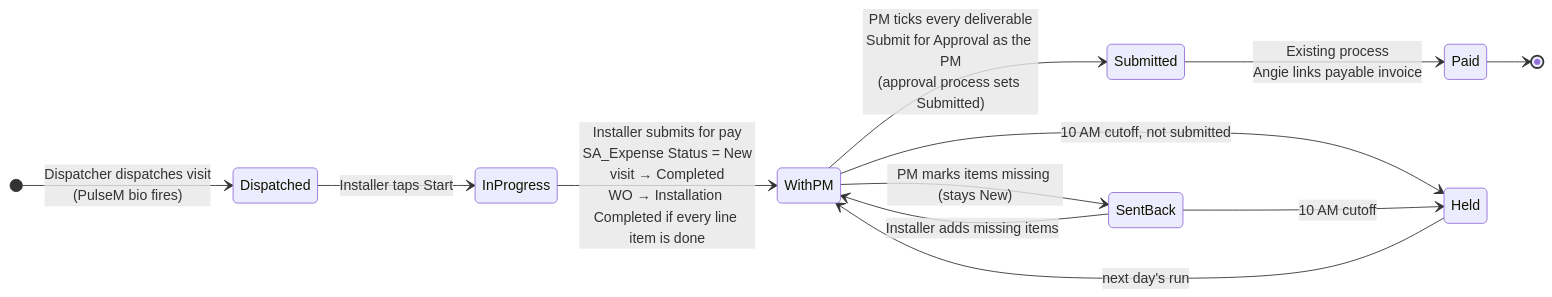
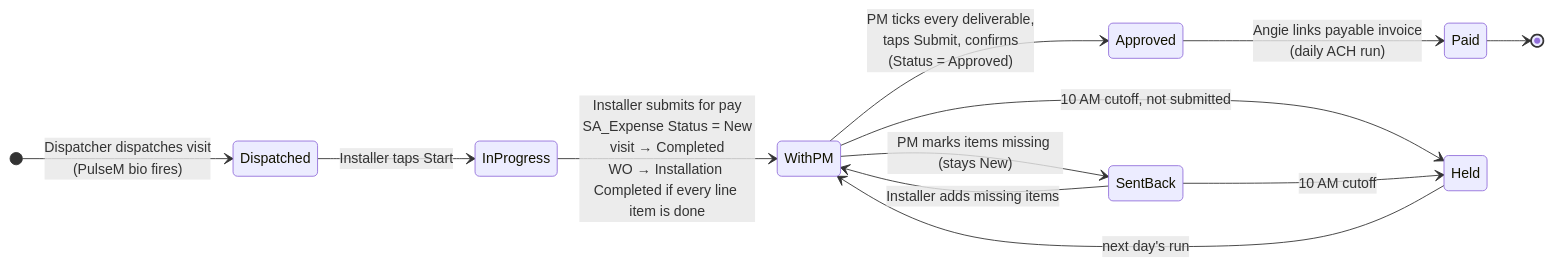
Before and after one commit to gullettematt-cpu/scorecard: the diagram in vista/docs/approval-flow.md, drawn with Mermaid. The commit also changed other lines of this file and 17 other files, not shown here.

````diff
--- a/vista/docs/approval-flow.md
+++ b/vista/docs/approval-flow.md
@@ -31,15 +46,15 @@
 ```mermaid
 stateDiagram-v2
     direction LR
     [*] --> Dispatched: Dispatcher dispatches visit<br/>(PulseM bio fires)
     Dispatched --> InProgress: Installer taps Start
     InProgress --> WithPM: Installer submits for pay<br/>SA_Expense Status = New<br/>visit → Completed<br/>WO → Installation Completed if every line item is done
-    WithPM --> Submitted: PM ticks every deliverable<br/>Submit for Approval as the PM<br/>(approval process sets Submitted)
+    WithPM --> Approved: PM ticks every deliverable,<br/>taps Submit, confirms<br/>(Status = Approved)
     WithPM --> SentBack: PM marks items missing (stays New)
     SentBack --> WithPM: Installer adds missing items
-    Submitted --> Paid: Existing process<br/>Angie links payable invoice
+    Approved --> Paid: Angie links payable invoice<br/>(daily ACH run)
     WithPM --> Held: 10 AM cutoff, not submitted
     SentBack --> Held: 10 AM cutoff
     Held --> WithPM: next day's run
     Paid --> [*]
 ```
````
